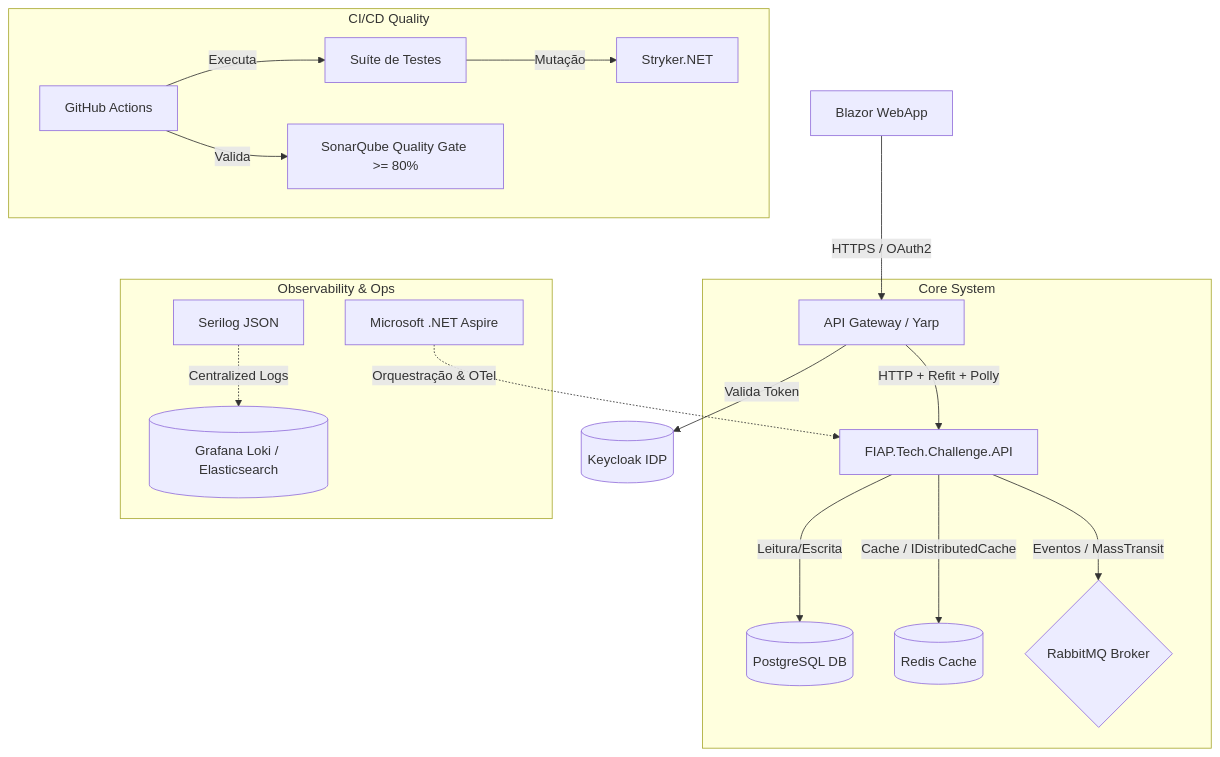
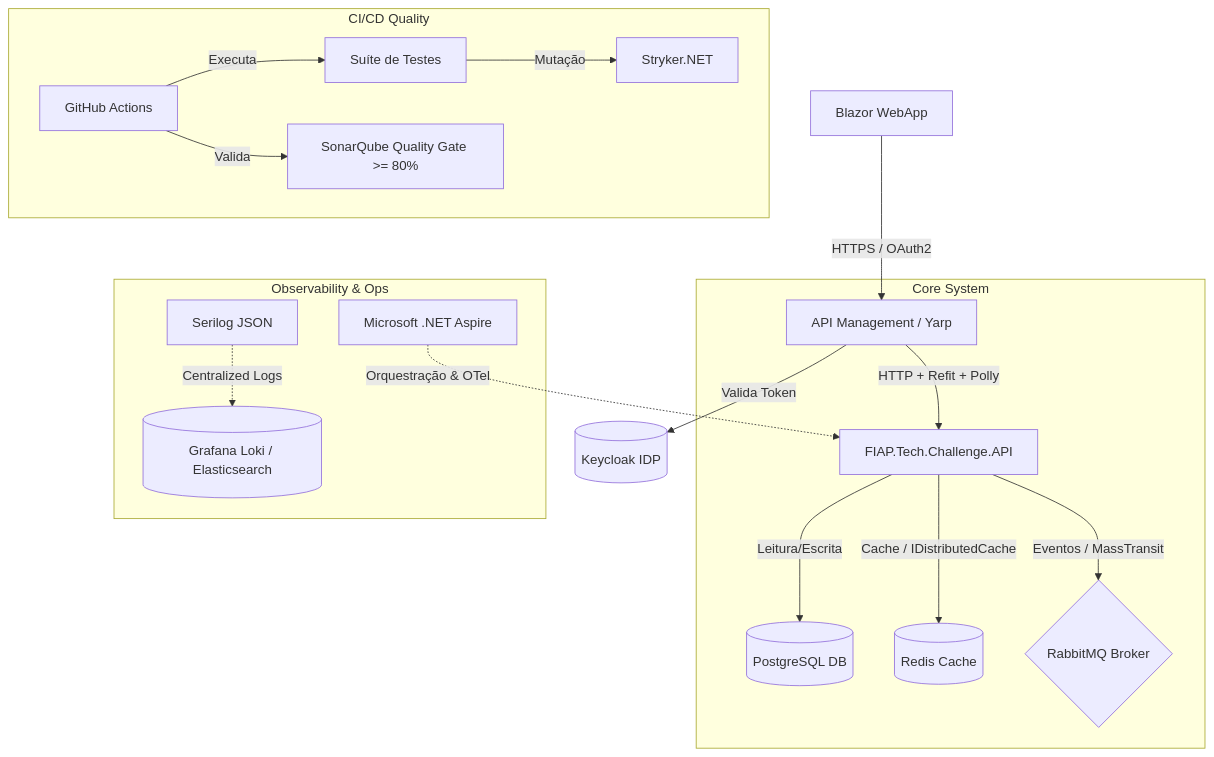
The diagram in docs/Fase 1/plano_evolucao_arquitetural.md (dvdalves/FIAP.Tech.Challenge), drawn with Mermaid before and after one commit. The commit also changed 31 other files, not shown here.

````diff
--- a/docs/Fase 1/plano_evolucao_arquitetural.md
+++ b/docs/Fase 1/plano_evolucao_arquitetural.md
@@ -11,23 +11,23 @@
 ```mermaid
 graph TD
-    Blazor[Blazor WebApp] -->|HTTPS / OAuth2| APIGateway[API Gateway / Yarp]
+    Blazor[Blazor WebApp] -->|HTTPS / OAuth2| APIGateway[API Management / Yarp]
     APIGateway -->|Valida Token| Keycloak[(Keycloak IDP)]
 
     subgraph Core System
         APIGateway -->|HTTP + Refit + Polly| API[FIAP.Tech.Challenge.API]
         API -->|Leitura/Escrita| Postgres[(PostgreSQL DB)]
         API -->|Cache / IDistributedCache| Redis[(Redis Cache)]
         API -->|Eventos / MassTransit| RabbitMQ{RabbitMQ Broker}
     end
 
     subgraph Observability & Ops
         Aspire[Microsoft .NET Aspire] -.->|Orquestração & OTel| API
         Serilog[Serilog JSON] -.->|Centralized Logs| Loki[(Grafana Loki / Elasticsearch)]
     end
 
     subgraph CI/CD Quality
         GA[GitHub Actions] -->|Executa| UT[Suíte de Testes]
         UT -->|Mutação| Stryker[Stryker.NET]
         GA -->|Valida| Sonar[SonarQube Quality Gate >= 80%]
     end
 ```
````
